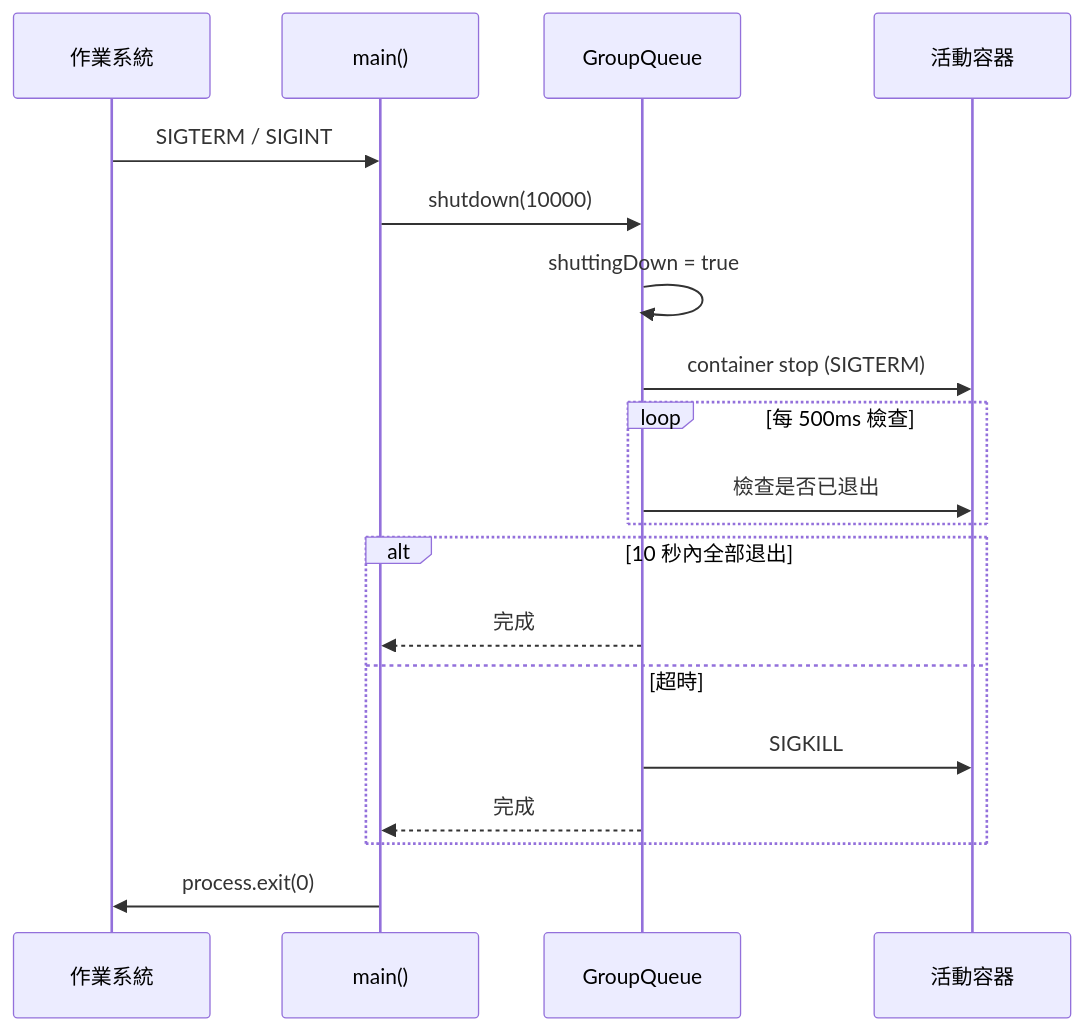
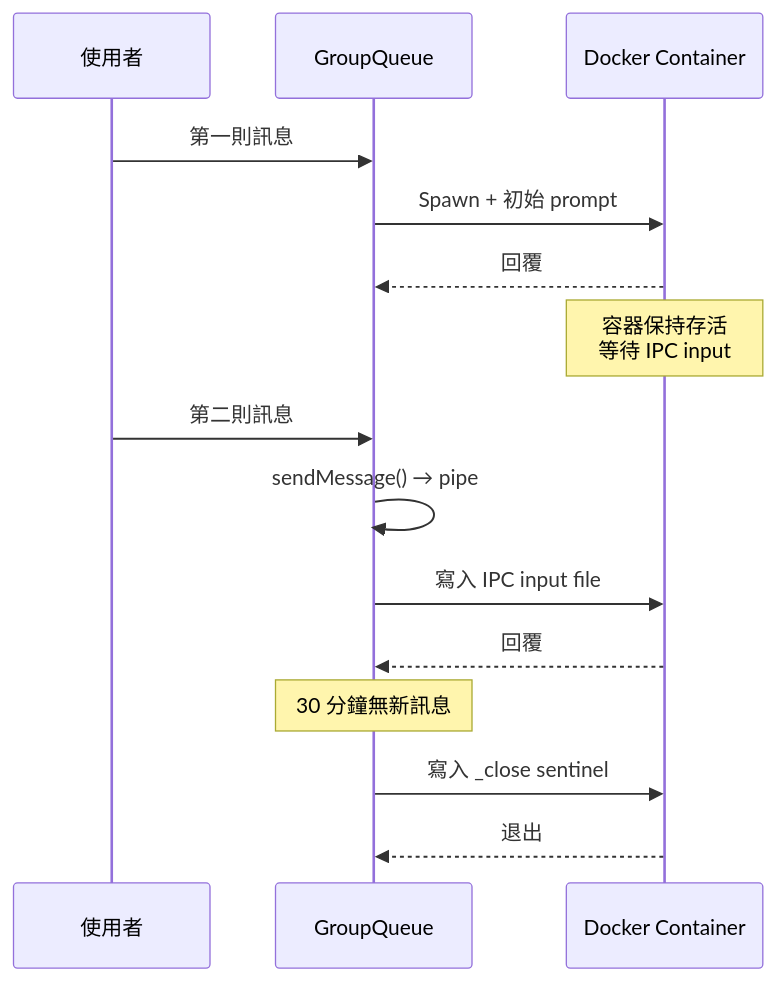
Before and after one commit to shunwork/nanoclaw: diagram 15 of 39 in tutorial/TUTORIAL.md, drawn with Mermaid. The commit also changed other lines of this file and 18 other files, not shown here.

````diff
--- a/tutorial/TUTORIAL.md
+++ b/tutorial/TUTORIAL.md
@@ -746,25 +798,21 @@
 ```mermaid
 sequenceDiagram
-    participant OS as 作業系統
-    participant Main as main()
+    participant User as 使用者
     participant Queue as GroupQueue
-    participant Containers as 活動容器
+    participant Container as Docker Container
 
-    OS->>Main: SIGTERM / SIGINT
-    Main->>Queue: shutdown(10000)
-    Queue->>Queue: shuttingDown = true
-    Queue->>Containers: container stop (SIGTERM)
+    User->>Queue: 第一則訊息
+    Queue->>Container: Spawn + 初始 prompt
+    Container-->>Queue: 回覆
 
-    loop 每 500ms 檢查
-        Queue->>Containers: 檢查是否已退出
-    end
+    Note over Container: 容器保持存活<br>等待 IPC input
 
-    alt 10 秒內全部退出
-        Queue-->>Main: 完成
-    else 超時
-        Queue->>Containers: SIGKILL
-        Queue-->>Main: 完成
-    end
+    User->>Queue: 第二則訊息
+    Queue->>Queue: sendMessage() → pipe
+    Queue->>Container: 寫入 IPC input file
+    Container-->>Queue: 回覆
 
-    Main->>OS: process.exit(0)
+    Note over Queue: 30 分鐘無新訊息
+    Queue->>Container: 寫入 _close sentinel
+    Container-->>Queue: 退出
 ```
````
